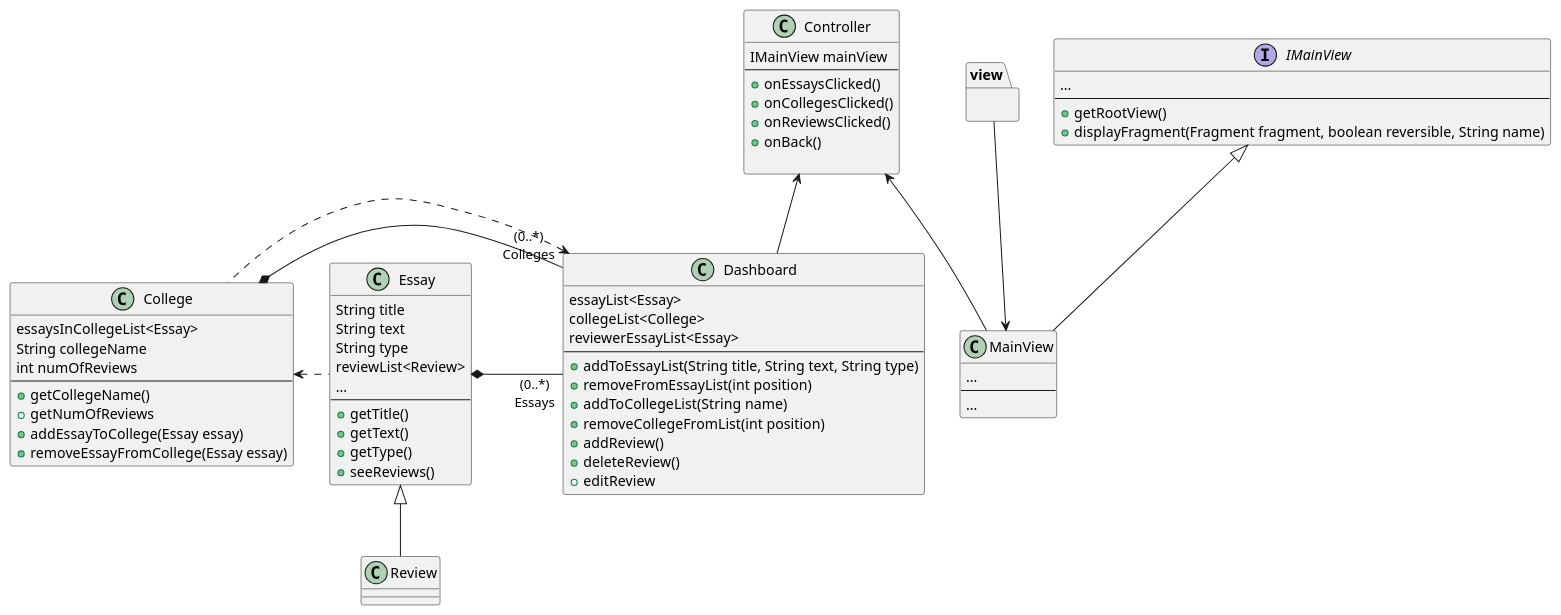
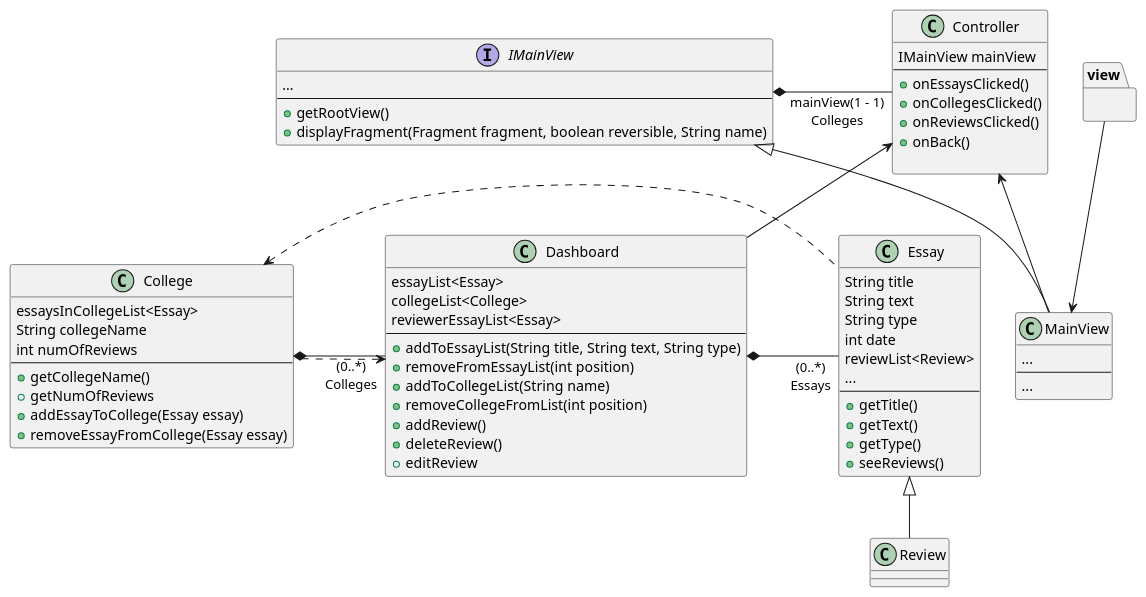
The sixth of 7 diagrams in intellij/doc/design.md (jlederer33/Essay-Review-App), drawn with PlantUML before and after one commit. The commit also changed other lines of this file, not shown here.

Commit message:
incorporated the feedback from Prof. Rui on class diagram.

````diff
--- a/intellij/doc/design.md
+++ b/intellij/doc/design.md
@@ -86,6 +86,7 @@
 String title
 String text
 String type
+int date
 reviewList<Review>
 ...
 --
@@ -160,6 +161,8 @@
 Dashboard <. College
 
 College *- "(0..*)\nColleges" Dashboard : \t\t
-Essay *- "(0..*)\nEssays" Dashboard: \t\t
+Dashboard *- "(0..*)\nEssays" Essay: \t\t
+IMainView *- "mainView(1 - 1)\nColleges" Controller : \t\t\t
+
 
 ```
````
